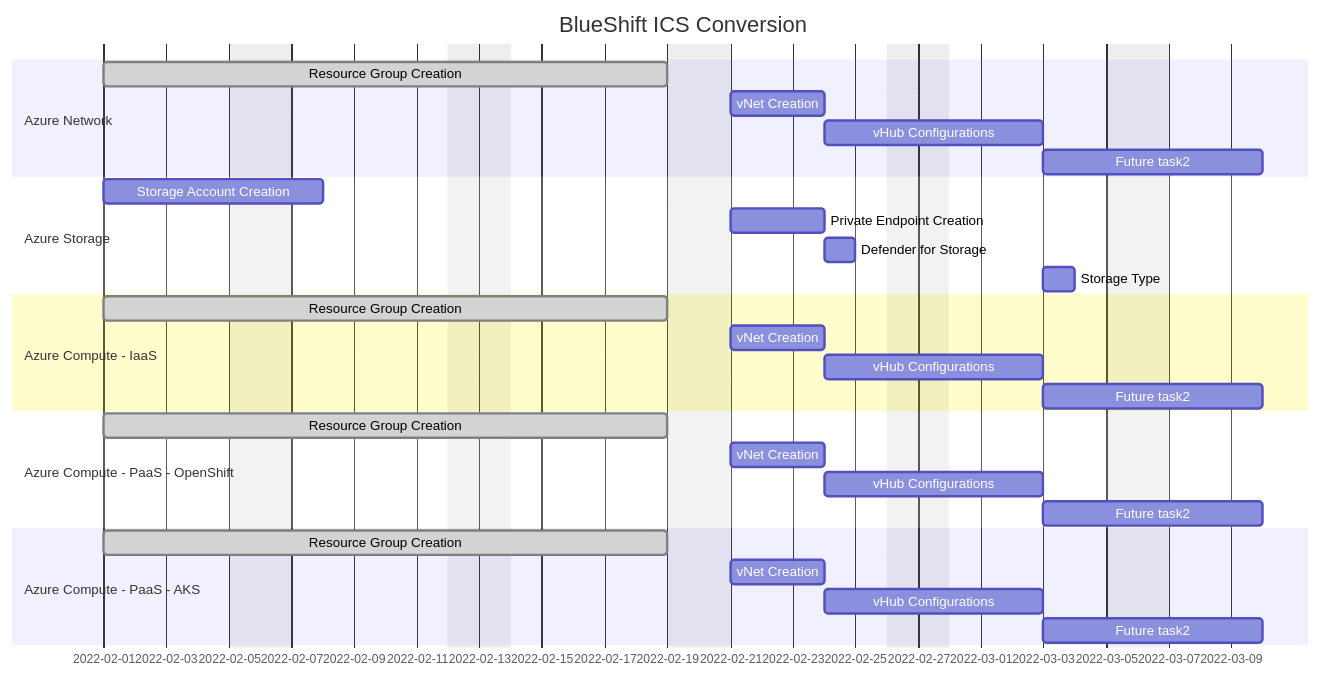
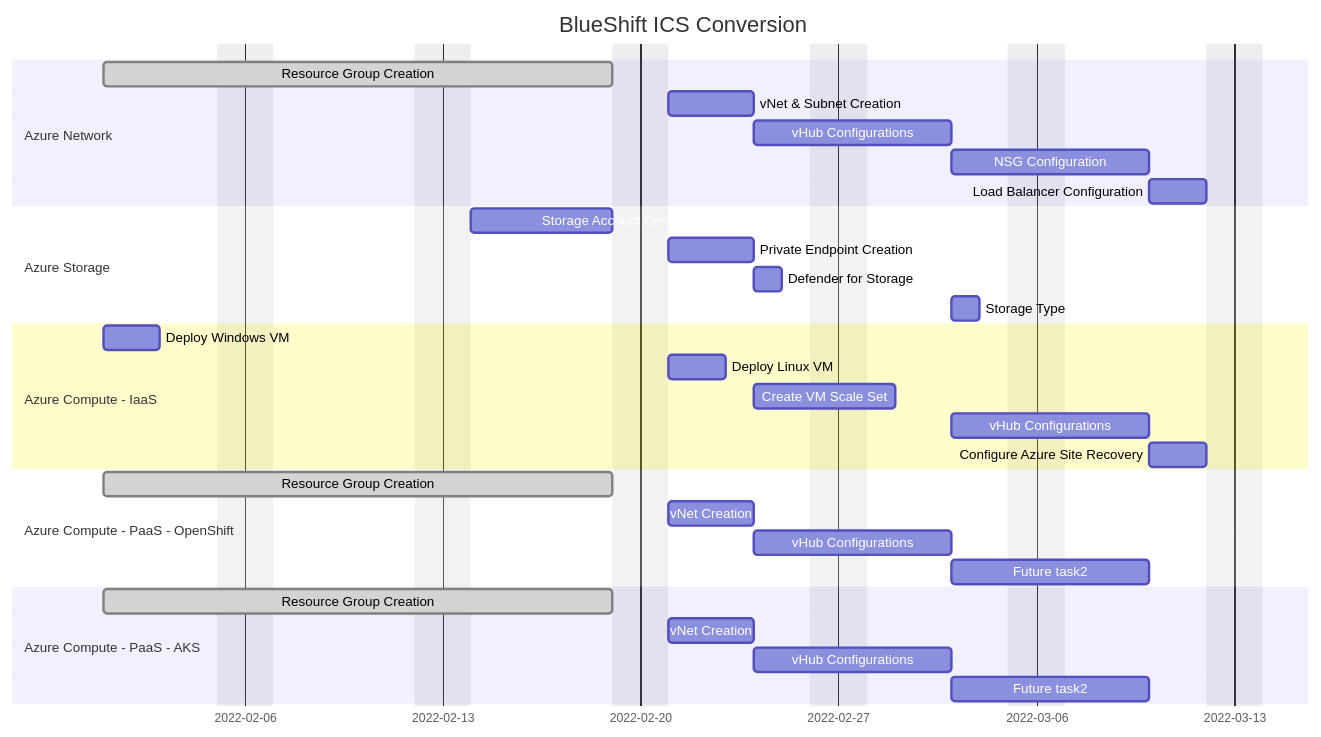
Before and after one commit to slagathor34/awx-lab: the first of 2 diagrams in README.md, drawn with Mermaid.

Commit message:
gantt update

````diff
--- a/README.md
+++ b/README.md
@@ -5,36 +5,38 @@
 ```mermaid
 gantt
     dateFormat  YYYY-MM-DD
     title       BlueShift ICS Conversion
     excludes    weekends
 
     section Azure Network
     Resource Group Creation           :done, des1, 2022-02-01, 14d
-    vNet Creation                     :des2, after des1, 3d
+    vNet & Subnet Creation            :des2, after des1, 3d
     vHub Configurations               :des3, after des2, 5d
-    Future task2                      :des4, after des3, 5d
+    NSG Configuration                 :des4, after des3, 5d
+    Load Balancer Configuration       :des5, after des4, 2d
 
     section Azure Storage
-    Storage Account Creation          :des1, 2022-02-01, 5d
+    Storage Account Creation          :des1, 2022-02-14, 5d
     Private Endpoint Creation         :des2, after des1, 3d
     Defender for Storage              :des3, after des2, 1d
     Storage Type                      :des4, after des3, 1d
 
     section Azure Compute - IaaS
-    Resource Group Creation           :done, des1, 2022-02-01, 14d
-    vNet Creation                     :des2, after des1, 3d
-    vHub Configurations               :des3, after des2, 5d
-    Future task2                      :des4, after des3, 5d
+    Deploy Windows VM                 :des1, 2022-02-01, 2d
+    Deploy Linux VM                   :dest2, after des1, 2d
+    Create VM Scale Set               :des3, after des2, 3d
+    vHub Configurations               :des4, after des3, 5d
+    Configure Azure Site Recovery     :des5, after des4, 2d
 
     section Azure Compute - PaaS - OpenShift
     Resource Group Creation           :done, des1, 2022-02-01, 14d
     vNet Creation                     :des2, after des1, 3d
     vHub Configurations               :des3, after des2, 5d
     Future task2                      :des4, after des3, 5d
 
     section Azure Compute - PaaS - AKS
     Resource Group Creation           :done, des1, 2022-02-01, 14d
     vNet Creation                     :des2, after des1, 3d
     vHub Configurations               :des3, after des2, 5d
     Future task2                      :des4, after des3, 5d
 ```
````
